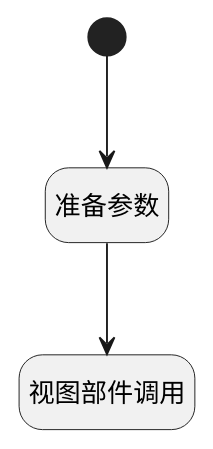
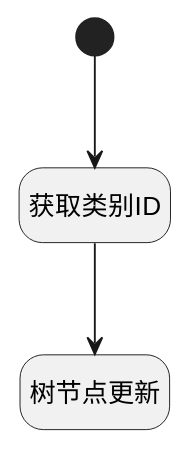
The diagram in doc/docsify/module/ProjMgmt/sprint/uilogic/edit_section_or_category.md (iBizLab/plm), drawn with PlantUML before and after one commit. The commit also changed other lines of this file and 2344 other files, not shown here.

````diff
--- a/doc/docsify/module/ProjMgmt/sprint/uilogic/edit_section_or_category.md
+++ b/doc/docsify/module/ProjMgmt/sprint/uilogic/edit_section_or_category.md
@@ -7,21 +7,21 @@
 ```plantuml
 @startuml
 hide footbox
 <style>
 root {
   HyperlinkColor #42b983
 }
 </style>
 
 hide empty description
 state "开始" as Begin <<start>> [[$./edit_section_or_category#begin {开始}]]
-state "准备参数" as PREPAREJSPARAM1  [[$./edit_section_or_category#preparejsparam1 {准备参数}]]
-state "视图部件调用" as VIEWCTRLINVOKE1  [[$./edit_section_or_category#viewctrlinvoke1 {视图部件调用}]]
+state "树节点更新" as VIEWCTRLINVOKE1  [[$./edit_section_or_category#viewctrlinvoke1 {树节点更新}]]
+state "获取类别ID" as PREPAREJSPARAM1  [[$./edit_section_or_category#preparejsparam1 {获取类别ID}]]
 
 
 Begin --> PREPAREJSPARAM1
 PREPAREJSPARAM1 --> VIEWCTRLINVOKE1
 
 
 @enduml
 ```
````
